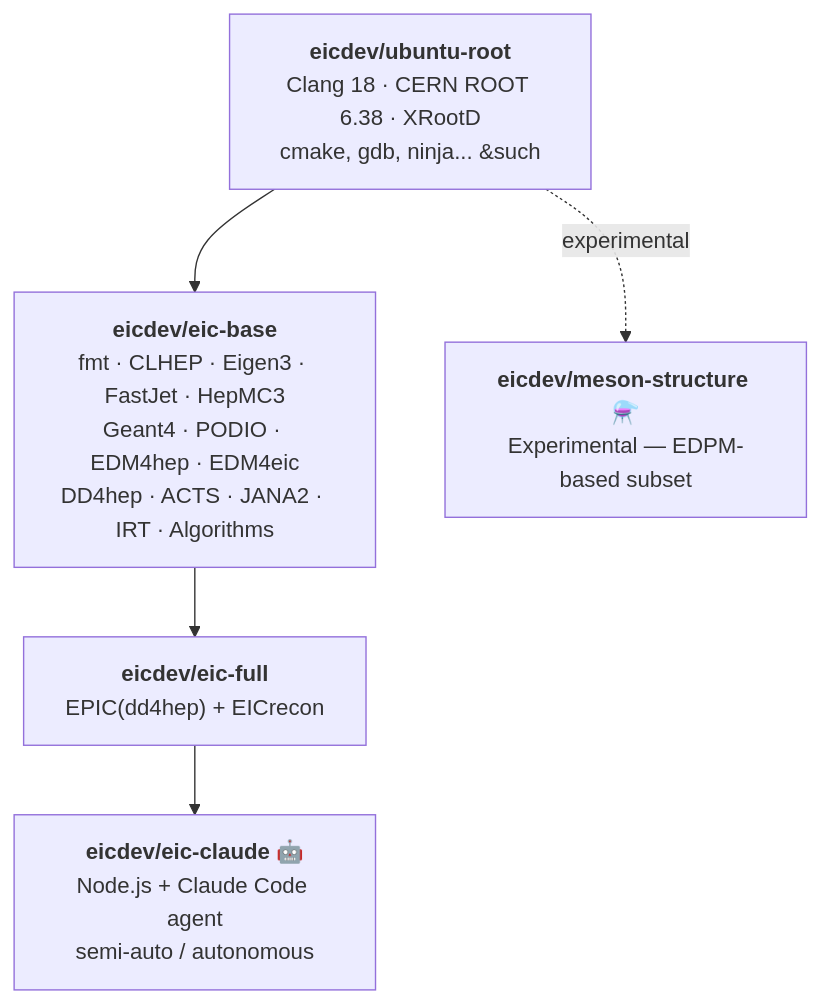
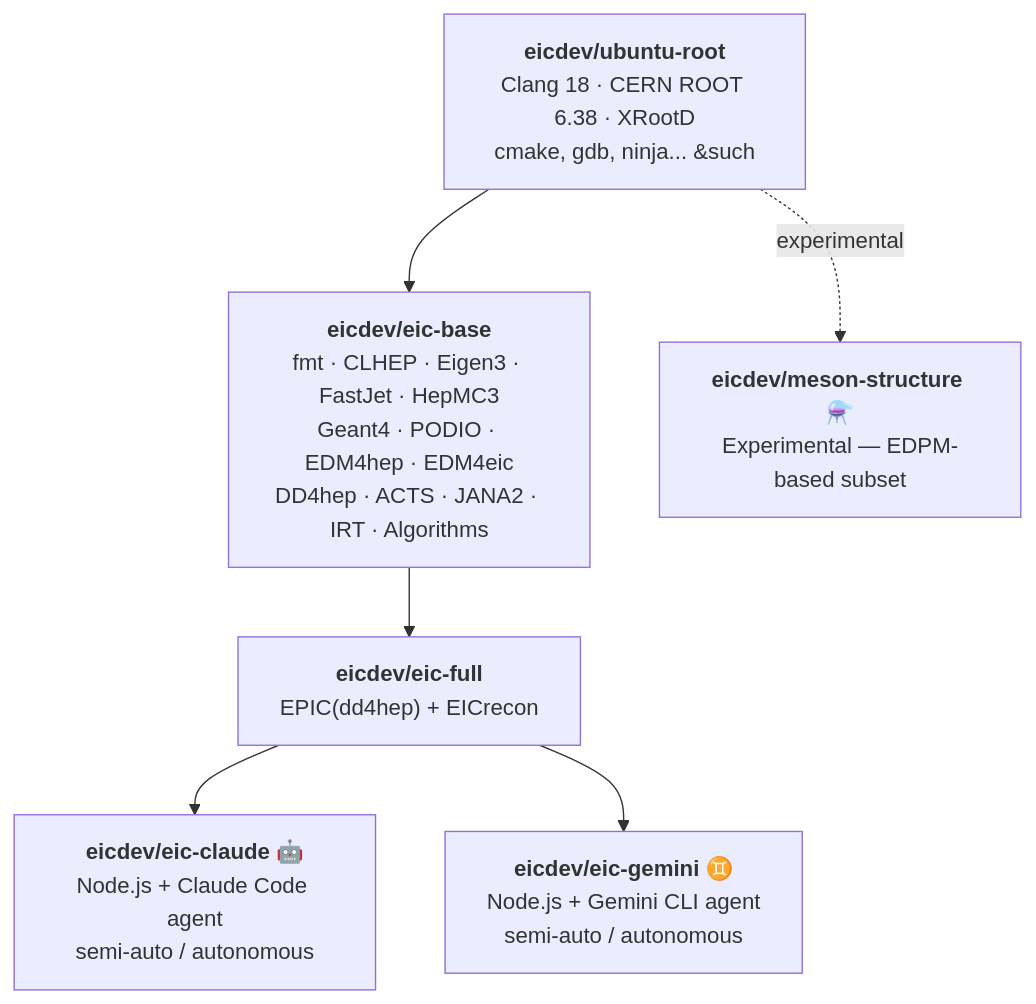
The diagram in README.md (JeffersonLab/eicdev-containers), drawn with Mermaid before and after one commit. The commit also changed other lines of this file and 5 other files, not shown here.

Commit message:
Add eic-gemini container

````diff
--- a/README.md
+++ b/README.md
@@ -14,15 +14,17 @@
 ```mermaid
 graph TD
     
     B["<b>eicdev/ubuntu-root</b><br/>Clang 18 · CERN ROOT 6.38 · XRootD<br/>cmake, gdb, ninja... &such"]
     C["<b>eicdev/eic-base</b><br/>fmt · CLHEP · Eigen3 · FastJet · HepMC3<br/>Geant4 · PODIO · EDM4hep · EDM4eic<br/>DD4hep · ACTS · JANA2 · IRT · Algorithms"]
     D["<b>eicdev/eic-full</b><br/>EPIC(dd4hep) + EICrecon"]
     E["<b>eicdev/eic-claude</b> 🤖<br/>Node.js + Claude Code agent<br/>semi-auto / autonomous"]
+    G["<b>eicdev/eic-gemini</b> ♊<br/>Node.js + Gemini CLI agent<br/>semi-auto / autonomous"]
     F["<b>eicdev/meson-structure</b> ⚗️<br/>Experimental — EDPM-based subset"]
 
     
     B --> C
     C --> D
     D --> E
+    D --> G
     B -.->|experimental| F
 ```
````
